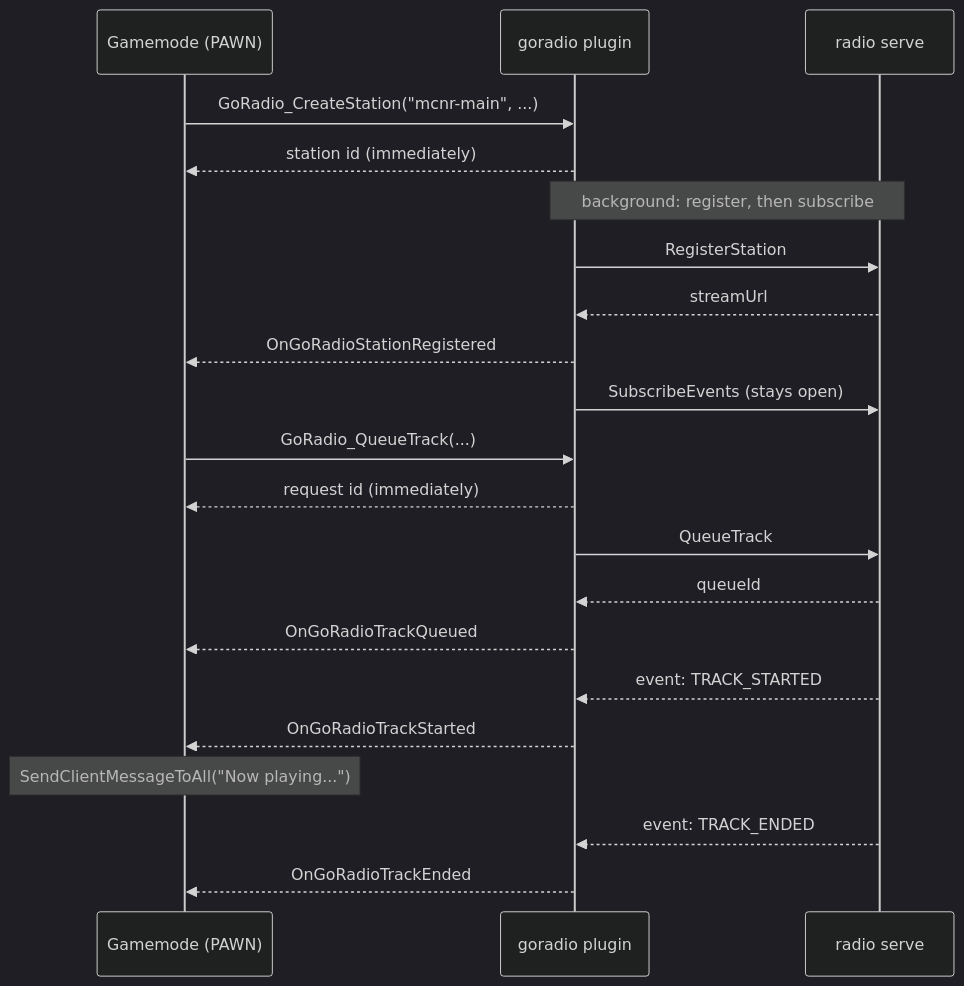
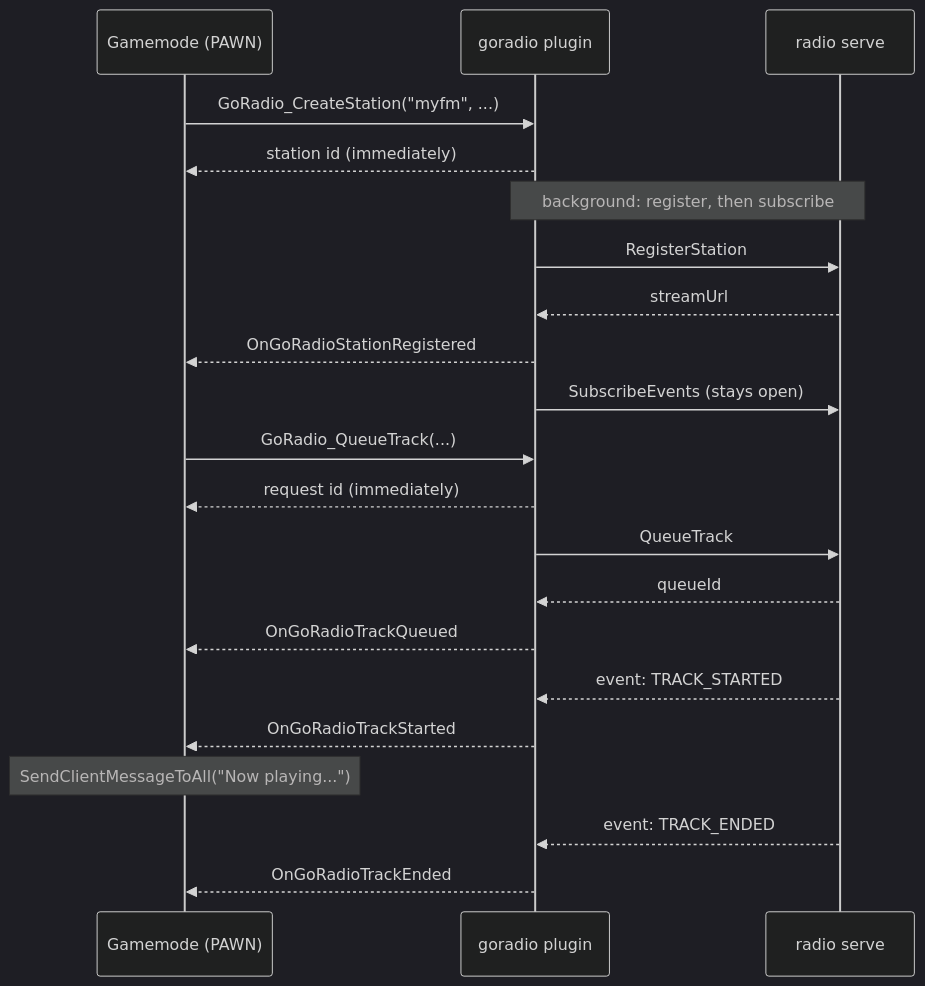
The diagram in docs/content/how-it-works/index.md (GoRadioServer/goradio-samp), drawn with Mermaid (dark theme) before and after one commit. The commit also changed 16 other files, not shown here.

````diff
--- a/docs/content/how-it-works/index.md
+++ b/docs/content/how-it-works/index.md
@@ -56,28 +56,28 @@
 ```mermaid
 sequenceDiagram
     participant G as Gamemode (PAWN)
     participant P as goradio plugin
     participant A as radio serve
 
-    G->>P: GoRadio_CreateStation("mcnr-main", ...)
+    G->>P: GoRadio_CreateStation("myfm", ...)
     P-->>G: station id (immediately)
 
     Note over P,A: background: register, then subscribe
     P->>A: RegisterStation
     A-->>P: streamUrl
     P-->>G: OnGoRadioStationRegistered
     P->>A: SubscribeEvents (stays open)
 
     G->>P: GoRadio_QueueTrack(...)
     P-->>G: request id (immediately)
     P->>A: QueueTrack
     A-->>P: queueId
     P-->>G: OnGoRadioTrackQueued
 
     A-->>P: event: TRACK_STARTED
     P-->>G: OnGoRadioTrackStarted
     Note over G: SendClientMessageToAll("Now playing...")
 
     A-->>P: event: TRACK_ENDED
     P-->>G: OnGoRadioTrackEnded
 ```
````
